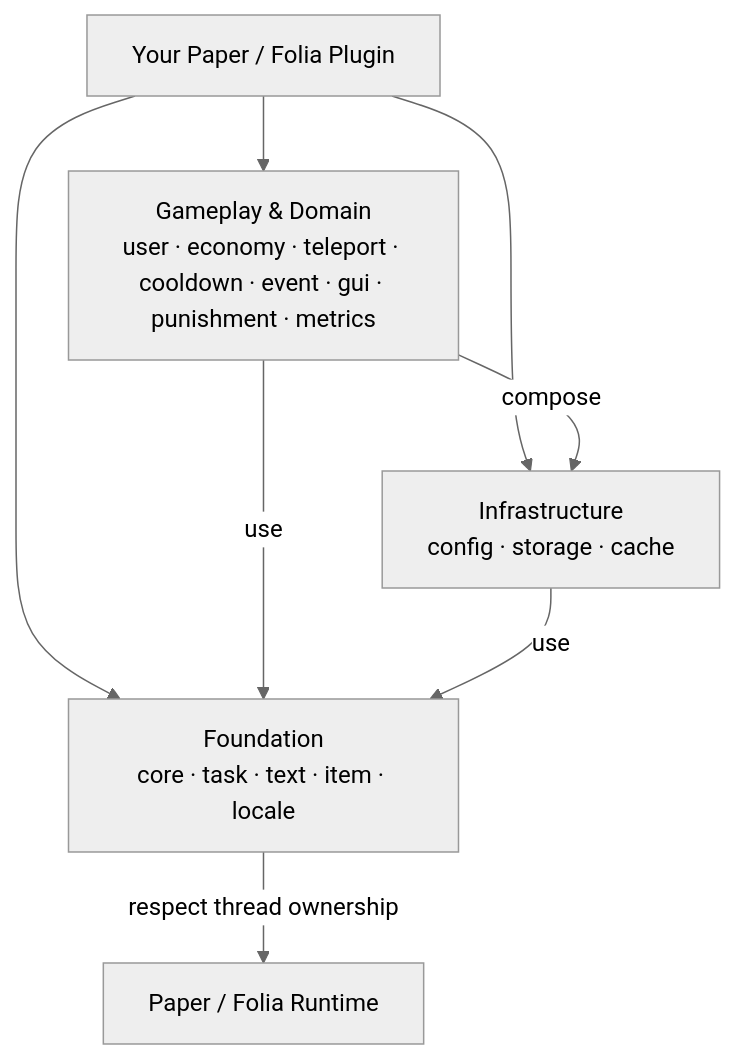
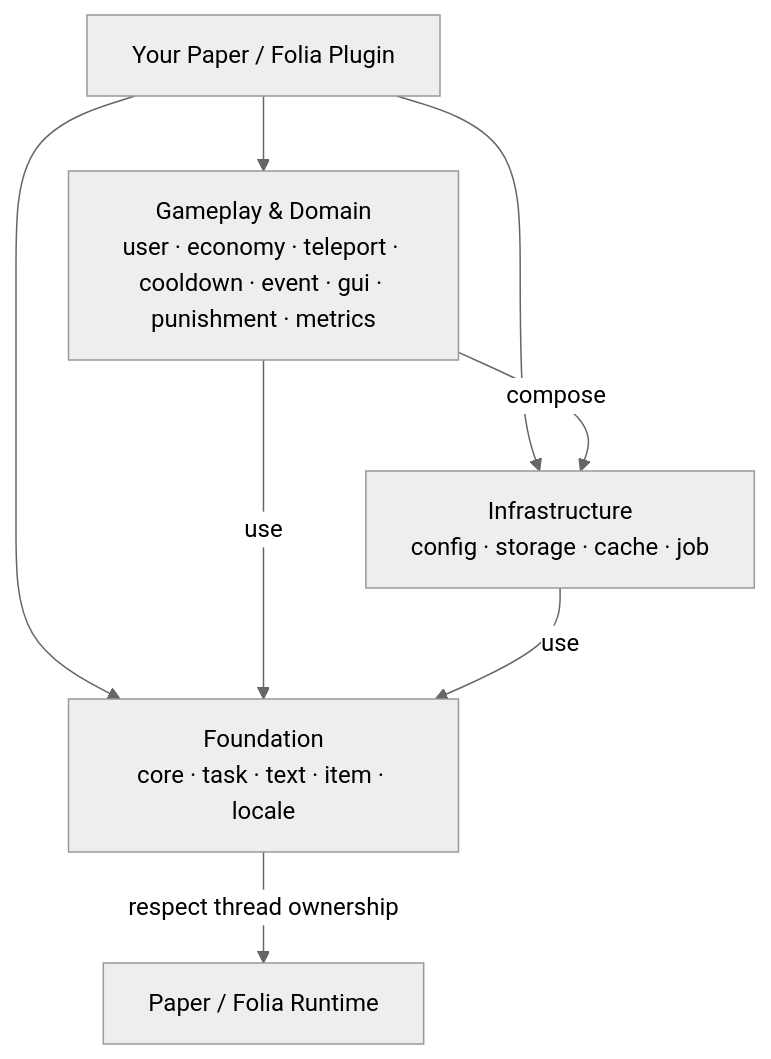
One commit to HanielCota/Cotani changed the diagram in README.md. Above: the diagram before and after it, drawn with Mermaid (neutral theme). The commit also changed other lines of this file and 703 other files, not shown here.

Commit message:
refactor: organize module architecture and async boundaries

````diff
--- a/README.md
+++ b/README.md
@@ -171,16 +179,16 @@
 ```mermaid
 flowchart TB
     Plugin["Your Paper / Folia Plugin"]
     Features["Gameplay & Domain<br/>user · economy · teleport · cooldown · event · gui · punishment · metrics"]
-    Infrastructure["Infrastructure<br/>config · storage · cache"]
+    Infrastructure["Infrastructure<br/>config · storage · cache · job"]
     Foundation["Foundation<br/>core · task · text · item · locale"]
     Runtime["Paper / Folia Runtime"]
 
     Plugin --> Features
     Plugin --> Infrastructure
     Plugin --> Foundation
     Features -->|compose| Infrastructure
     Features -->|use| Foundation
     Infrastructure -->|use| Foundation
     Foundation -->|respect thread ownership| Runtime
 ```
````
